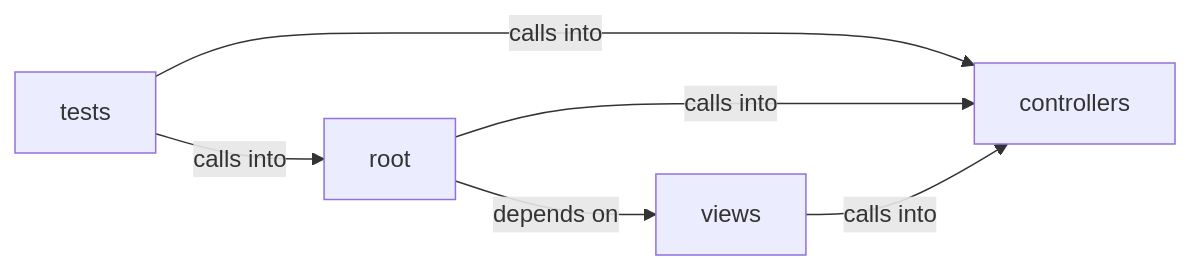
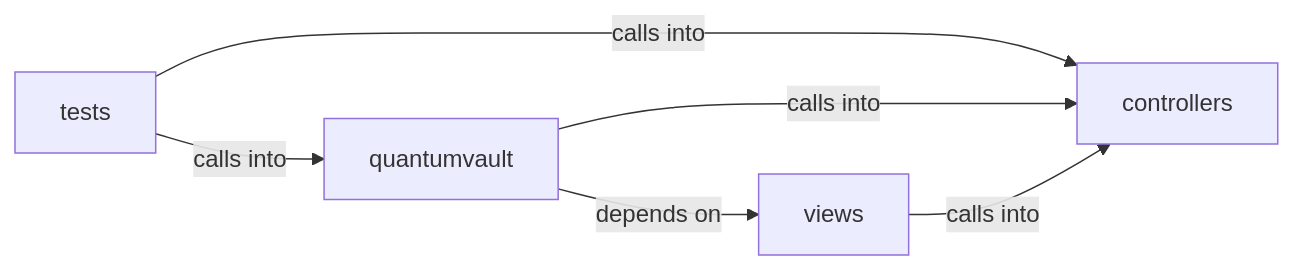
One commit to grisuno/QuantumVault changed the diagram in readmenator-maps/md/readmenator-diagrams/views_facade.md. Above: the diagram before and after it, drawn with Mermaid. The commit also changed other lines of this file and 275 other files, not shown here.

````diff
--- a/readmenator-maps/md/readmenator-diagrams/views_facade.md
+++ b/readmenator-maps/md/readmenator-diagrams/views_facade.md
@@ -5,12 +5,12 @@
 ```mermaid
 graph LR
     controllers["controllers"]
-    root["root"]
+    quantumvault["quantumvault"]
     tests["tests"]
     views["views"]
-    root -- "calls into" --> controllers
-    root -- "depends on" --> views
+    quantumvault -- "calls into" --> controllers
+    quantumvault -- "depends on" --> views
     tests -- "calls into" --> controllers
-    tests -- "calls into" --> root
+    tests -- "calls into" --> quantumvault
     views -- "calls into" --> controllers
 ```
````
